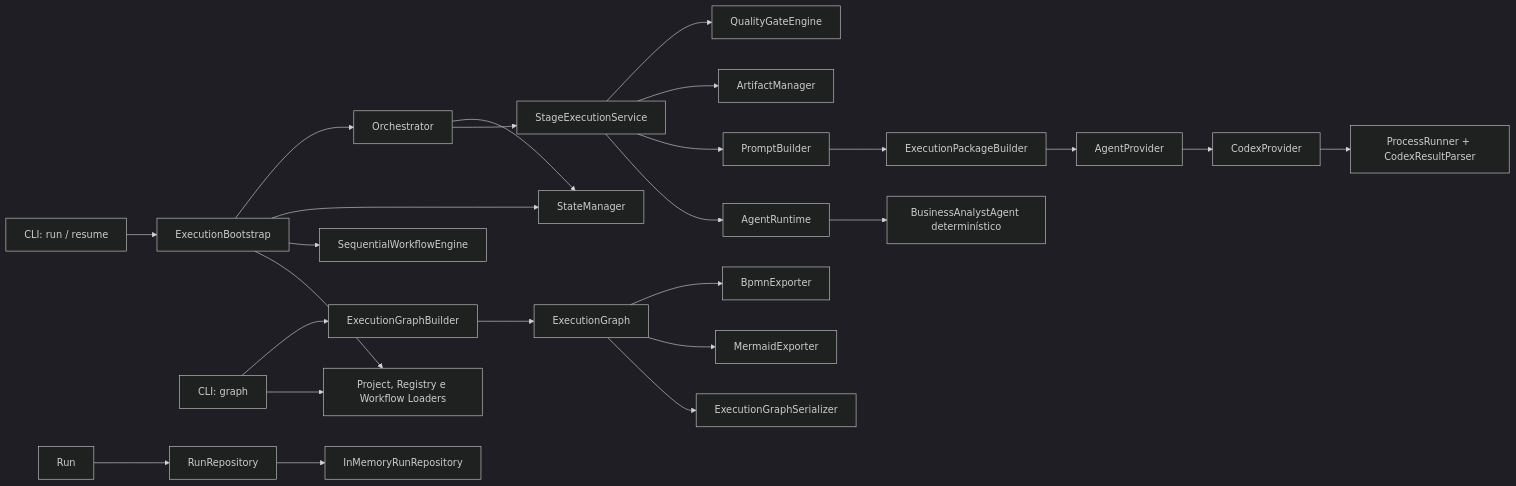
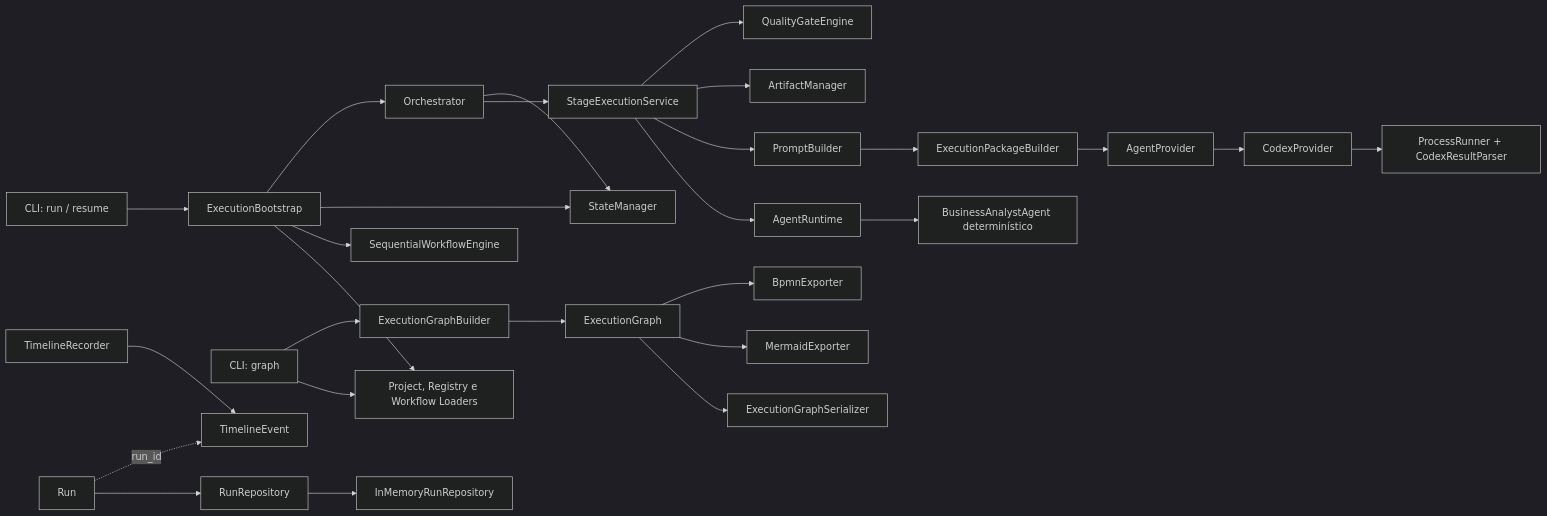
Before and after one commit to paul-92/fabrica-de-software: the diagram in docs/architecture/ASEP-Architecture-v1.md, drawn with Mermaid (dark theme). The commit also changed other lines of this file and 12 other files, not shown here.

Commit message:
feat: add execution timeline and in-memory event storage

````diff
--- a/docs/architecture/ASEP-Architecture-v1.md
+++ b/docs/architecture/ASEP-Architecture-v1.md
@@ -36,28 +36,30 @@
 ```mermaid
 flowchart LR
     CLI["CLI: run / resume"] --> BOOT["ExecutionBootstrap"]
     BOOT --> LOADERS["Project, Registry e Workflow Loaders"]
     BOOT --> ENGINE["SequentialWorkflowEngine"]
     BOOT --> STATE["StateManager"]
     BOOT --> ORCH["Orchestrator"]
     ORCH --> STAGE["StageExecutionService"]
     STAGE --> RUNTIME["AgentRuntime"]
     RUNTIME --> BA["BusinessAnalystAgent determinístico"]
     STAGE --> PROMPT["PromptBuilder"]
     PROMPT --> PACKAGE["ExecutionPackageBuilder"]
     PACKAGE --> PORT["AgentProvider"]
     PORT --> CODEX["CodexProvider"]
     CODEX --> PROCESS["ProcessRunner + CodexResultParser"]
     STAGE --> ARTIFACT["ArtifactManager"]
     STAGE --> GATE["QualityGateEngine"]
     ORCH --> STATE
 
     GRAPHCLI["CLI: graph"] --> LOADERS
     GRAPHCLI --> GB["ExecutionGraphBuilder"]
     GB --> GRAPH["ExecutionGraph"]
     GRAPH --> JSON["ExecutionGraphSerializer"]
     GRAPH --> MERMAID["MermaidExporter"]
     GRAPH --> BPMN["BpmnExporter"]
     RUNMODEL["Run"] --> RUNREPO["RunRepository"]
     RUNREPO --> MEMORY["InMemoryRunRepository"]
+    RUNMODEL -. run_id .-> TIMELINE["TimelineEvent"]
+    RECORDER["TimelineRecorder"] --> TIMELINE
 ```
````
